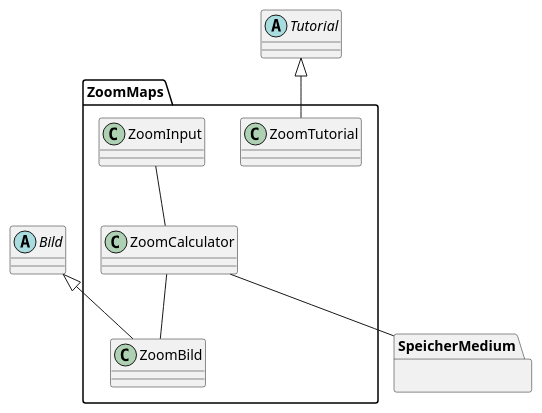
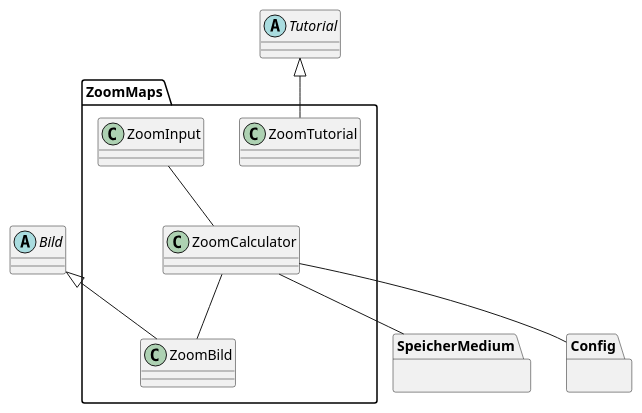
One commit to weichware10/meilensteine changed the diagram in meilenstein_03/uml-zoommaps/zoommaps.puml. Above: the diagram before and after it, drawn with PlantUML.

Commit message:
Volltändige Grundstruktur

```diff
--- a/meilenstein_03/uml-zoommaps/zoommaps.puml
+++ b/meilenstein_03/uml-zoommaps/zoommaps.puml
@@ -1,32 +1,38 @@
 @startuml zoommaps
 
 abstract Bild
 abstract Tutorial
 
 package ZoomMaps {
   class ZoomTutorial {
 
   }
 
   class ZoomInput {
   }
 
   class ZoomCalculator {
   }
 
   class ZoomBild {
 
   }
   
 }
 
-package SpeicherMedium {
-  
-}
+package SpeicherMedium {}
 
+package Config {}
+
+' Vererbungen
 Bild <|-- ZoomBild
 Tutorial <|-- ZoomTutorial
+
+' Interaktionen
 ZoomInput -- ZoomCalculator
 ZoomCalculator -- ZoomBild
+
+' Andere Module
 ZoomCalculator -- SpeicherMedium
+ZoomCalculator -- Config
 @enduml
```
